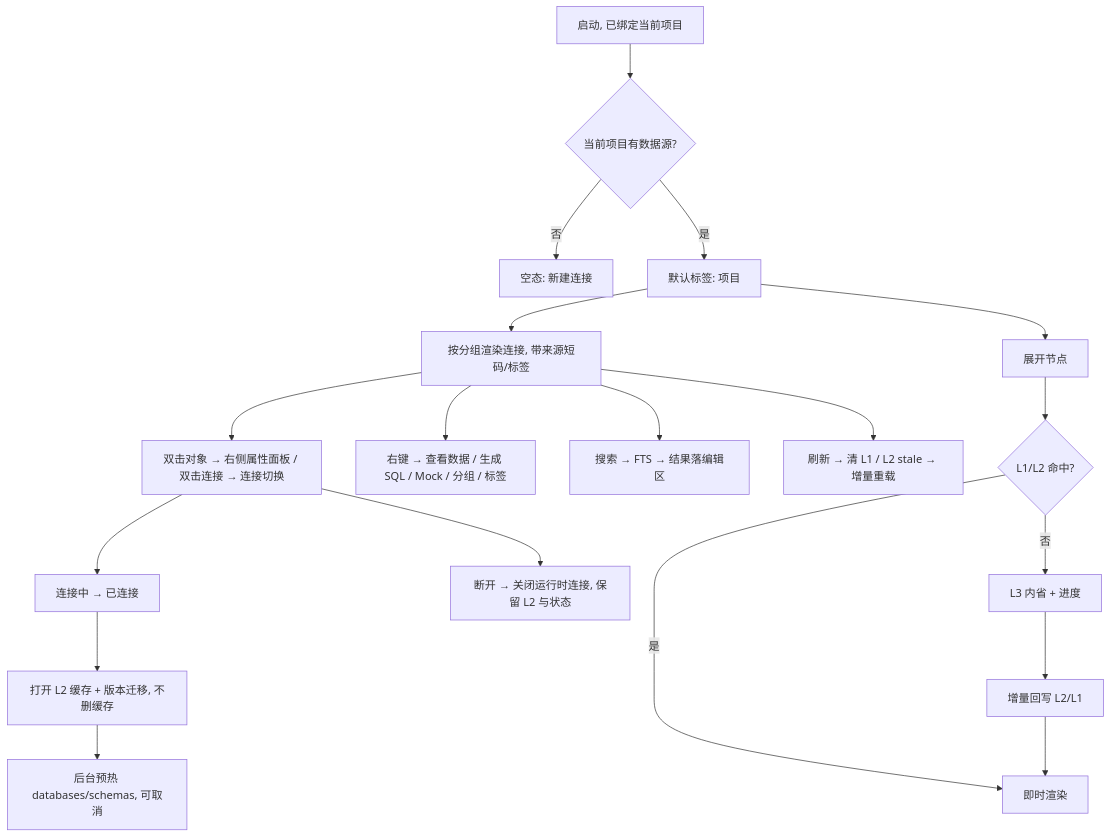
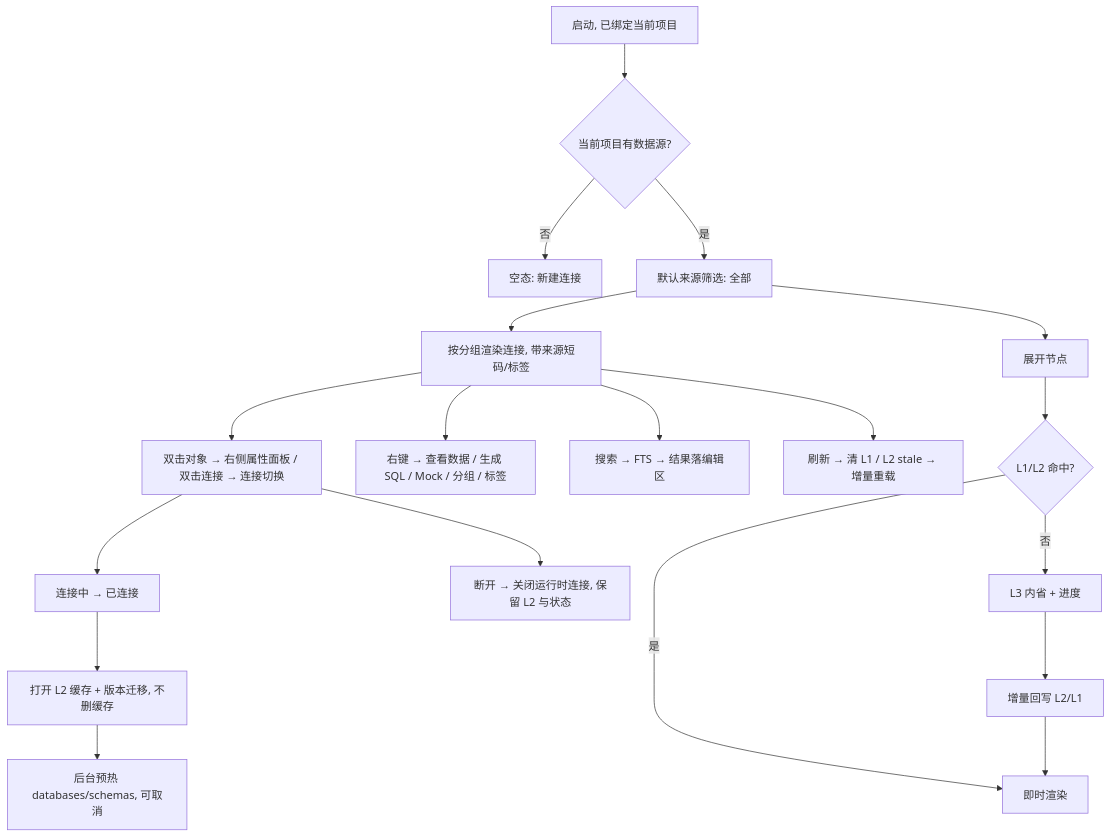
The diagram in docs/architecture/database/database-navigator-prototype-design.md (ling-love-xin/RdataStation-v2), drawn with Mermaid before and after one commit. The commit also changed other lines of this file and 19 other files, not shown here.

````diff
--- a/docs/architecture/database/database-navigator-prototype-design.md
+++ b/docs/architecture/database/database-navigator-prototype-design.md
@@ -362,19 +381,19 @@
 ```mermaid
 flowchart TD
     A[启动, 已绑定当前项目] --> B{当前项目有数据源?}
     B -- 否 --> C[空态: 新建连接]
-    B -- 是 --> D[默认标签: 项目]
+    B -- 是 --> D[默认来源筛选: 全部]
     D --> E[按分组渲染连接, 带来源短码/标签]
     E --> F[双击对象 → 右侧属性面板 / 双击连接 → 连接切换]
     F --> G[连接中 → 已连接]
     G --> H[打开 L2 缓存 + 版本迁移, 不删缓存]
     H --> I[后台预热 databases/schemas, 可取消]
     D --> J[展开节点]
     J --> K{L1/L2 命中?}
     K -- 是 --> L[即时渲染]
     K -- 否 --> M[L3 内省 + 进度] --> N[增量回写 L2/L1] --> L
     E --> O[右键 → 查看数据 / 生成 SQL / Mock / 分组 / 标签]
     E --> P[搜索 → FTS → 结果落编辑区]
     E --> Q[刷新 → 清 L1 / L2 stale → 增量重载]
     F --> R[断开 → 关闭运行时连接, 保留 L2 与状态]
 ```
````
